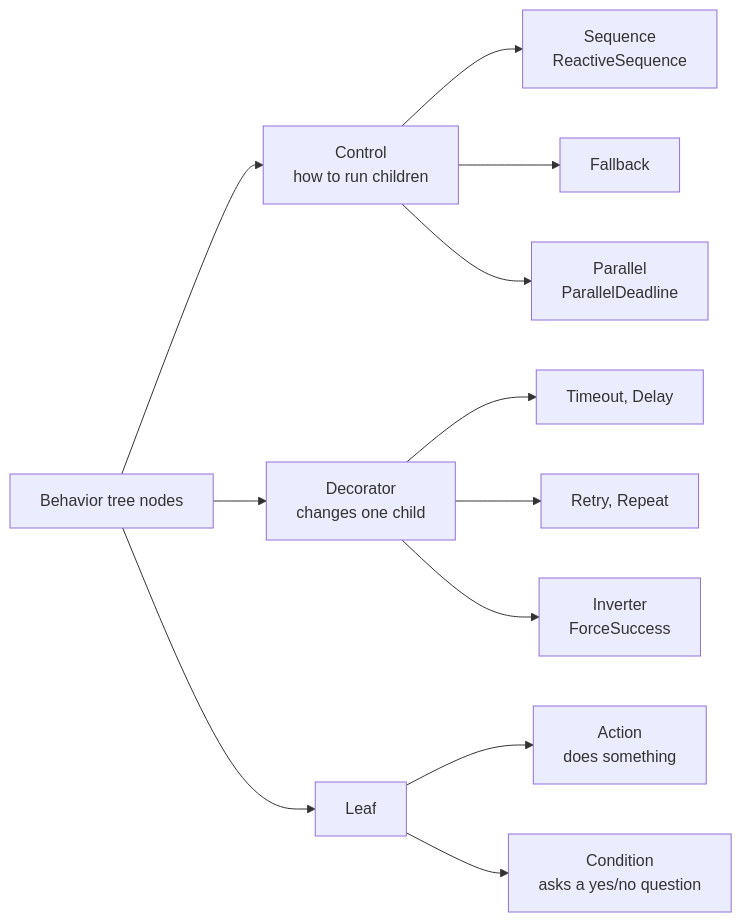
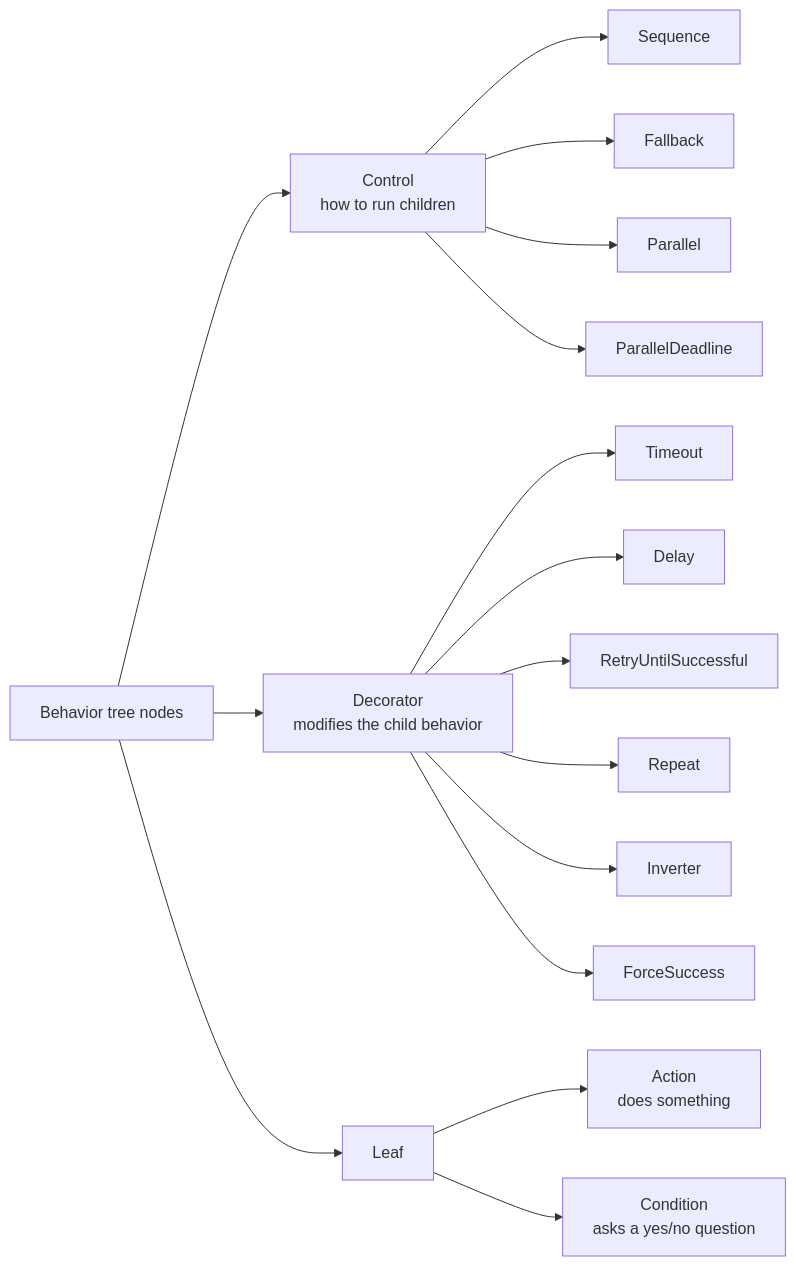
Before and after one commit to FRC-Team-4143/FRC-Team-4143.github.io: the fourth of 7 diagrams in docs/software/controls/behavior-trees.mdx, drawn with Mermaid. The commit also changed other lines of this file and 7 other files, not shown here.

````diff
--- a/docs/software/controls/behavior-trees.mdx
+++ b/docs/software/controls/behavior-trees.mdx
@@ -134,15 +137,19 @@
 ```mermaid
 flowchart LR
     BT["Behavior tree nodes"]
     BT --> C["Control<br/>how to run children"]
-    BT --> D["Decorator<br/>changes one child"]
+    BT --> D["Decorator<br/>modifies the child behavior"]
     BT --> L["Leaf"]
     L --> A["Action<br/>does something"]
     L --> Co["Condition<br/>asks a yes/no question"]
-    C --> C1["Sequence<br/>ReactiveSequence"]
-    C --> C2["Fallback"]
-    C --> C3["Parallel<br/>ParallelDeadline"]
-    D --> D1["Timeout, Delay"]
-    D --> D2["Retry, Repeat"]
-    D --> D3["Inverter<br/>ForceSuccess"]
+    C --> C1["Sequence"]
+    C --> C3["Fallback"]
+    C --> C4["Parallel"]
+    C --> C5["ParallelDeadline"]
+    D --> D1["Timeout"]
+    D --> D2["Delay"]
+    D --> D3["RetryUntilSuccessful"]
+    D --> D4["Repeat"]
+    D --> D5["Inverter"]
+    D --> D6["ForceSuccess"]
 ```
````
